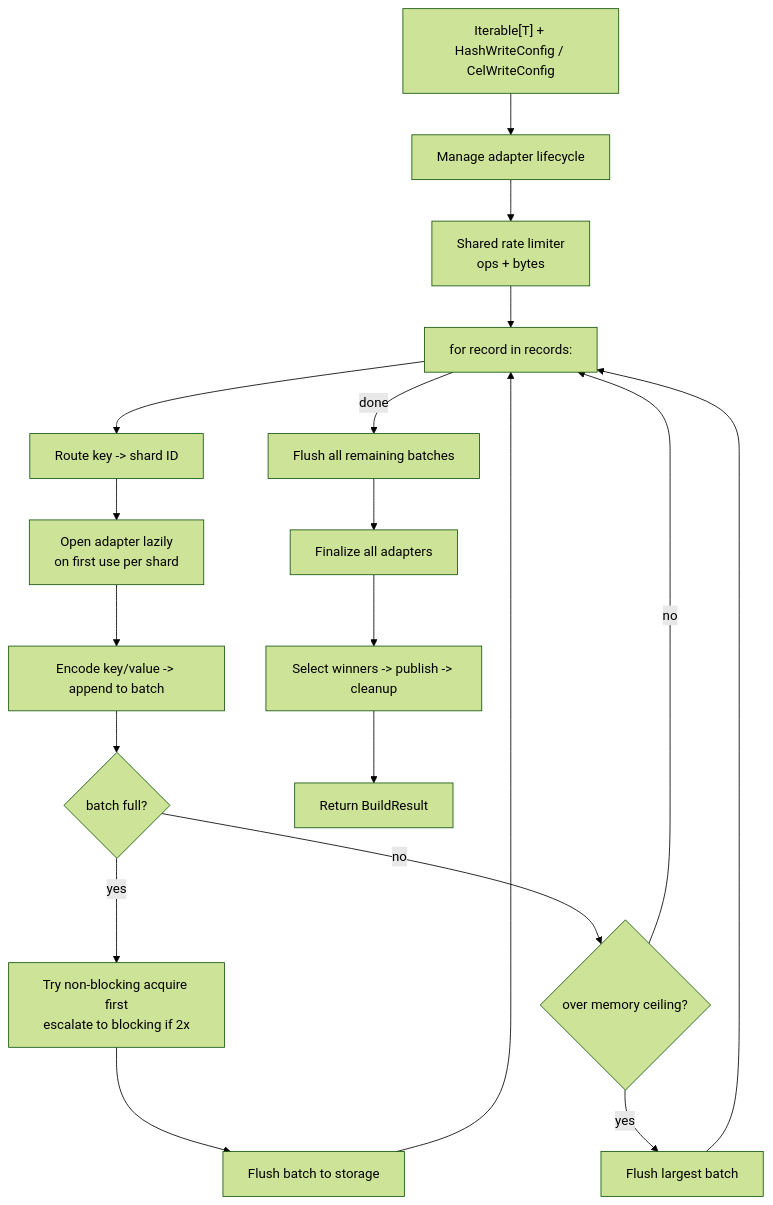
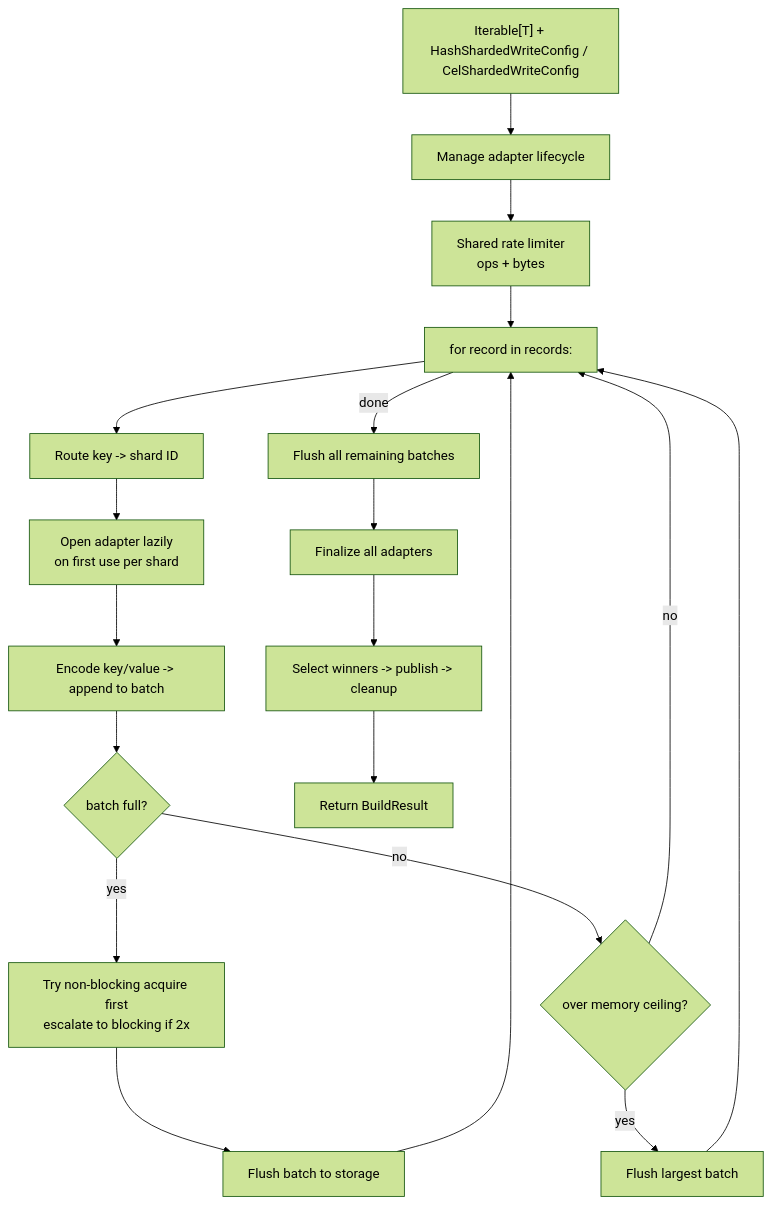
Before and after one commit to elkin/shardyfusion: the first of 2 diagrams in docs/use-cases/kv-storage/build/python.md, drawn with Mermaid (forest theme). The commit also changed other lines of this file and 27 other files, not shown here.

````diff
--- a/docs/use-cases/kv-storage/build/python.md
+++ b/docs/use-cases/kv-storage/build/python.md
@@ -98,21 +102,21 @@
 ```mermaid
 flowchart TD
-    A["Iterable[T] + HashWriteConfig / CelWriteConfig"] --> B["Manage adapter lifecycle"]
+    A["Iterable[T] + HashShardedWriteConfig / CelShardedWriteConfig"] --> B["Manage adapter lifecycle"]
     B --> C["Shared rate limiter<br/>ops + bytes"]
     C --> D["for record in records:"]
     D --> E["Route key -> shard ID"]
     E --> F["Open adapter lazily<br/>on first use per shard"]
     F --> G["Encode key/value -> append to batch"]
     G --> H{"batch full?"}
     H -->|yes| I["Try non-blocking acquire first<br/>escalate to blocking if 2x"]
     H -->|no| J{"over memory ceiling?"}
     I --> K["Flush batch to storage"]
     K --> D
     J -->|yes| L["Flush largest batch"]
     J -->|no| D
     L --> D
     D -->|done| M["Flush all remaining batches"]
     M --> N["Finalize all adapters"]
     N --> O["Select winners -> publish -> cleanup"]
     O --> P[Return BuildResult]
 ```
````
